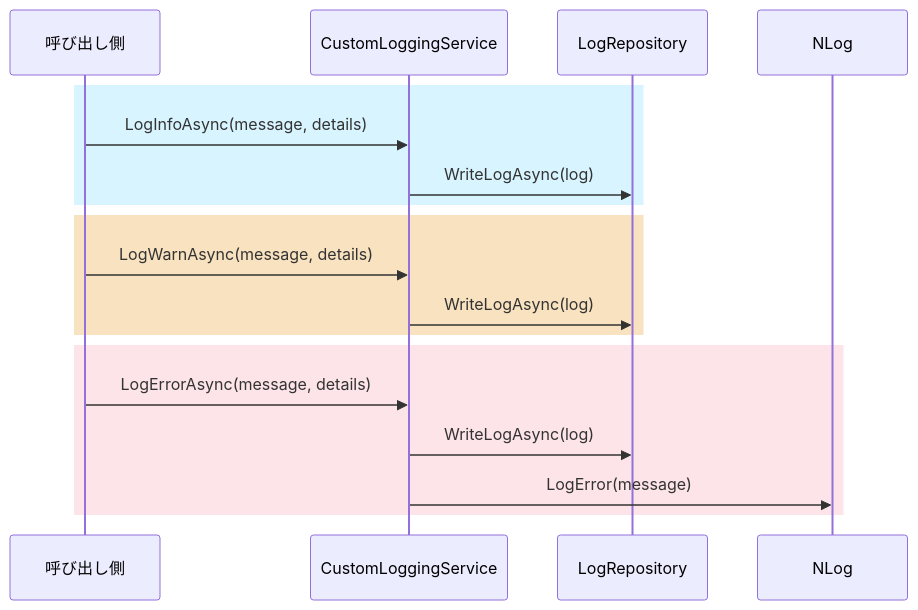
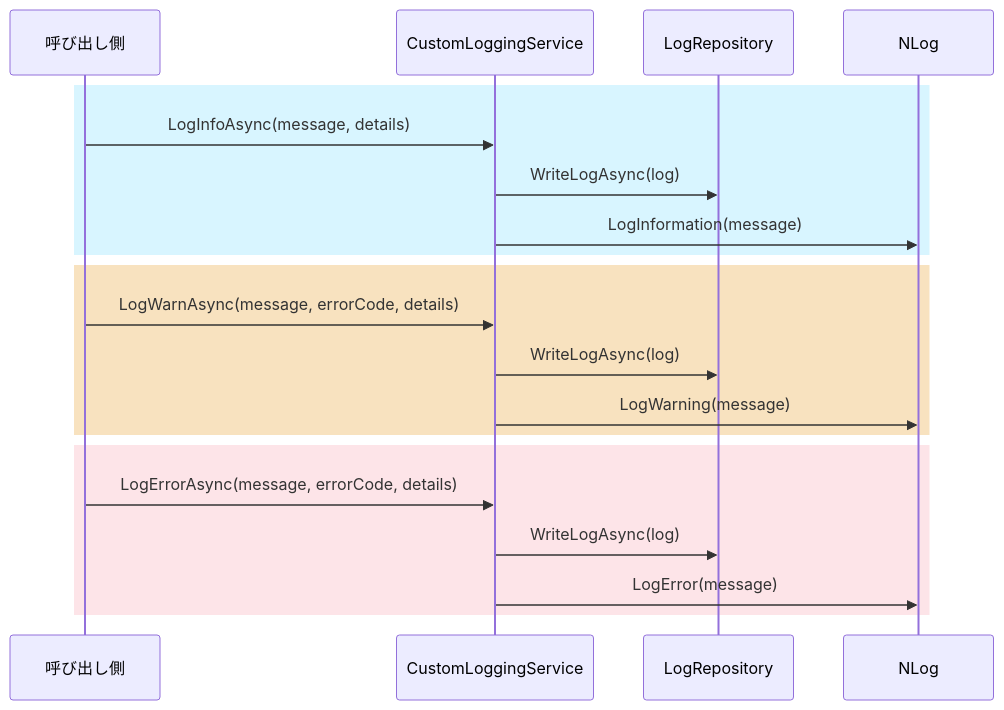
Before and after one commit to MrWangpeilin945/FlutterIOS: the second of 2 diagrams in Documents/アーキテクチャ設計書/src/docs/3_3_バックエンド.adoc, drawn with Mermaid. The commit also changed other lines of this file, not shown here.

```diff
--- a/Documents/アーキテクチャ設計書/src/docs/3_3_バックエンド.adoc
+++ b/Documents/アーキテクチャ設計書/src/docs/3_3_バックエンド.adoc
@@ -320,24 +351,26 @@
 [mermaid,CustomLoggingService-sd,png]
 ----
 sequenceDiagram
     participant Client as 呼び出し側
     participant CustomLoggingService
     participant LogRepository
     participant NLog
     
     rect rgb(216, 245, 255)
         Client->>CustomLoggingService: LogInfoAsync(message, details)
         CustomLoggingService->>LogRepository: WriteLogAsync(log)
+        CustomLoggingService->>NLog: LogInformation(message)
     end
 
     rect rgb(248, 226, 191)
-        Client->>CustomLoggingService: LogWarnAsync(message, details)
+        Client->>CustomLoggingService: LogWarnAsync(message, errorCode, details)
         CustomLoggingService->>LogRepository: WriteLogAsync(log)
+        CustomLoggingService->>NLog: LogWarning(message)
     end
 
     rect rgb(253, 228, 232)
-        Client->>CustomLoggingService: LogErrorAsync(message, details)
+        Client->>CustomLoggingService: LogErrorAsync(message, errorCode, details)
         CustomLoggingService->>LogRepository: WriteLogAsync(log)
         CustomLoggingService->>NLog: LogError(message)
     end
 ----
```
